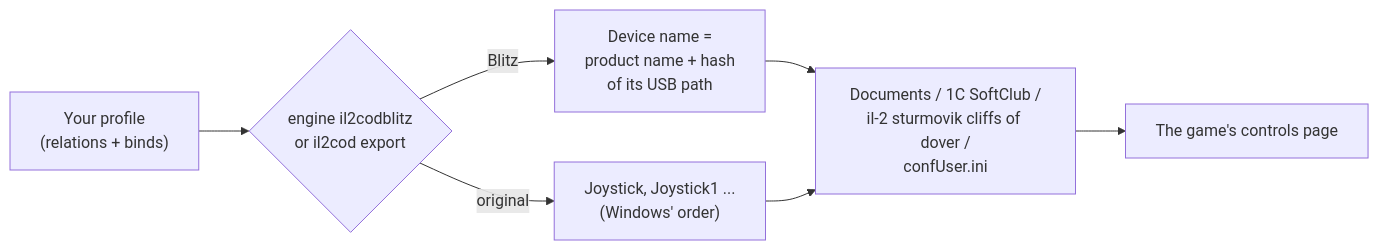
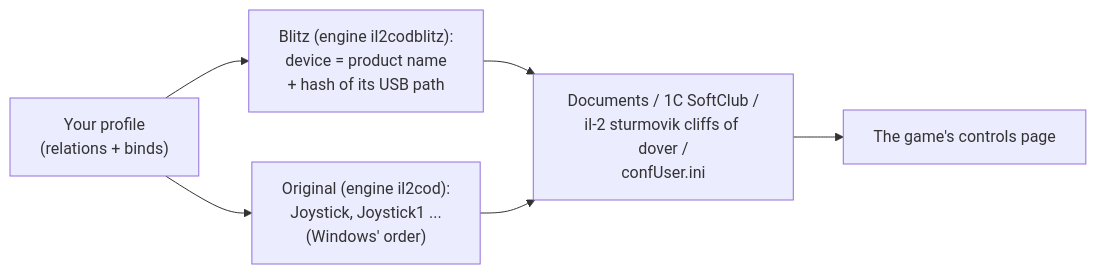
The diagram in website/content/games/il2-cliffs-of-dover.md (Holdi601/JoystickProfiler2), drawn with Mermaid before and after one commit. The commit also changed other lines of this file and 718 other files, not shown here.

````diff
--- a/website/content/games/il2-cliffs-of-dover.md
+++ b/website/content/games/il2-cliffs-of-dover.md
@@ -21,9 +149,9 @@
 ```mermaid
+%% caption: Blitz and the original write the same file. They only name your devices differently.
 flowchart LR
-  P["Your profile<br/>(relations + binds)"] --> E{"engine il2codblitz<br/>or il2cod export"}
-  E -->|Blitz| B["Device name =<br/>product name + hash<br/>of its USB path"]
-  E -->|original| O["Joystick, Joystick1 ...<br/>(Windows' order)"]
+  P["Your profile<br/>(relations + binds)"] --> B["Blitz (engine il2codblitz):<br/>device = product name<br/>+ hash of its USB path"]
+  P --> O["Original (engine il2cod):<br/>Joystick, Joystick1 ...<br/>(Windows' order)"]
   B --> F["Documents / 1C SoftClub /<br/>il-2 sturmovik cliffs of dover /<br/>confUser.ini"]
   O --> F
   F --> G["The game's controls page"]
 ```
````
